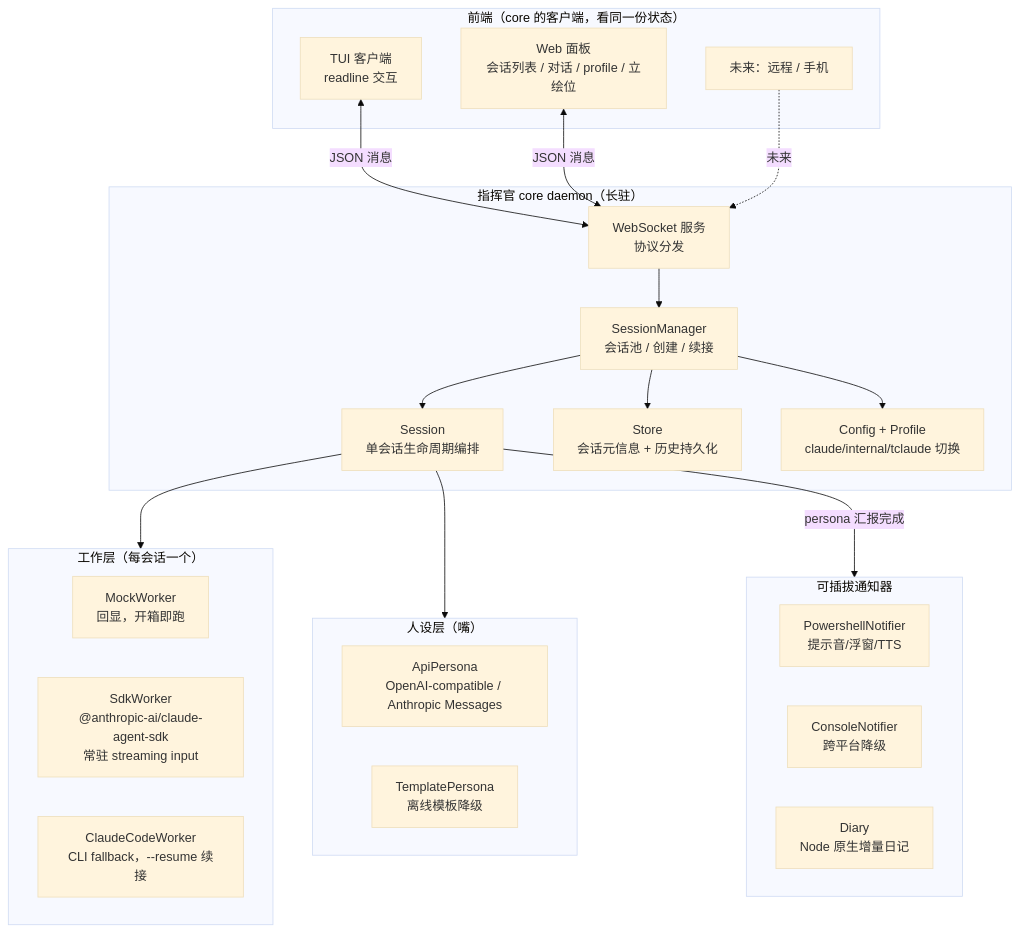
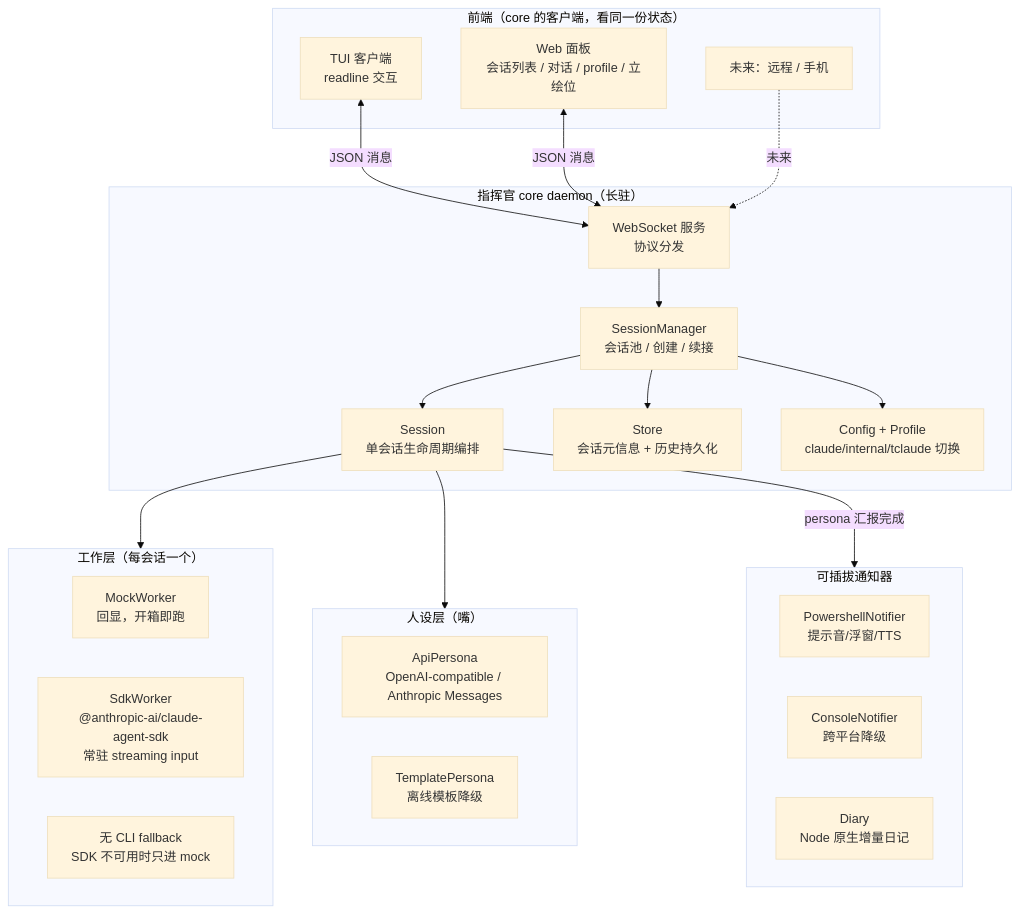
One commit to tobenot/majordomo changed the first of 2 diagrams in docs/architecture.md. Above: the diagram before and after it, drawn with Mermaid (base theme). The commit also changed other lines of this file and 12 other files, not shown here.

````diff
--- a/docs/architecture.md
+++ b/docs/architecture.md
@@ -22,46 +22,46 @@
 ```mermaid
 graph TD
   subgraph Clients["前端（core 的客户端，看同一份状态）"]
     TUI["TUI 客户端<br/>readline 交互"]
     WEB["Web 面板<br/>会话列表 / 对话 / profile / 立绘位"]
     REMOTE["未来：远程 / 手机"]
   end
 
   subgraph Core["指挥官 core daemon（长驻）"]
     WS["WebSocket 服务<br/>协议分发"]
     SM["SessionManager<br/>会话池 / 创建 / 续接"]
     SESS["Session<br/>单会话生命周期编排"]
     STORE["Store<br/>会话元信息 + 历史持久化"]
     CFG["Config + Profile<br/>claude/internal/tclaude 切换"]
   end
 
   subgraph Worker["工作层（每会话一个）"]
     MOCK["MockWorker<br/>回显，开箱即跑"]
     SDK["SdkWorker<br/>@anthropic-ai/claude-agent-sdk<br/>常驻 streaming input"]
-    CC["ClaudeCodeWorker<br/>CLI fallback，--resume 续接"]
+    NOTE["无 CLI fallback<br/>SDK 不可用时只进 mock"]
   end
 
   subgraph Persona["人设层（嘴）"]
     API["ApiPersona<br/>OpenAI-compatible / Anthropic Messages"]
     TPL["TemplatePersona<br/>离线模板降级"]
   end
 
 
   subgraph Notify["可插拔通知器"]
     PS["PowershellNotifier<br/>提示音/浮窗/TTS"]
     CON["ConsoleNotifier<br/>跨平台降级"]
     DIARY["Diary<br/>Node 原生增量日记"]
   end
 
   TUI <-->|JSON 消息| WS
   WEB <-->|JSON 消息| WS
   REMOTE -.未来.-> WS
 
   WS --> SM
   SM --> SESS
   SM --> STORE
   SM --> CFG
   SESS --> Worker
   SESS --> Persona
   SESS -->|persona 汇报完成| Notify
 ```
````
